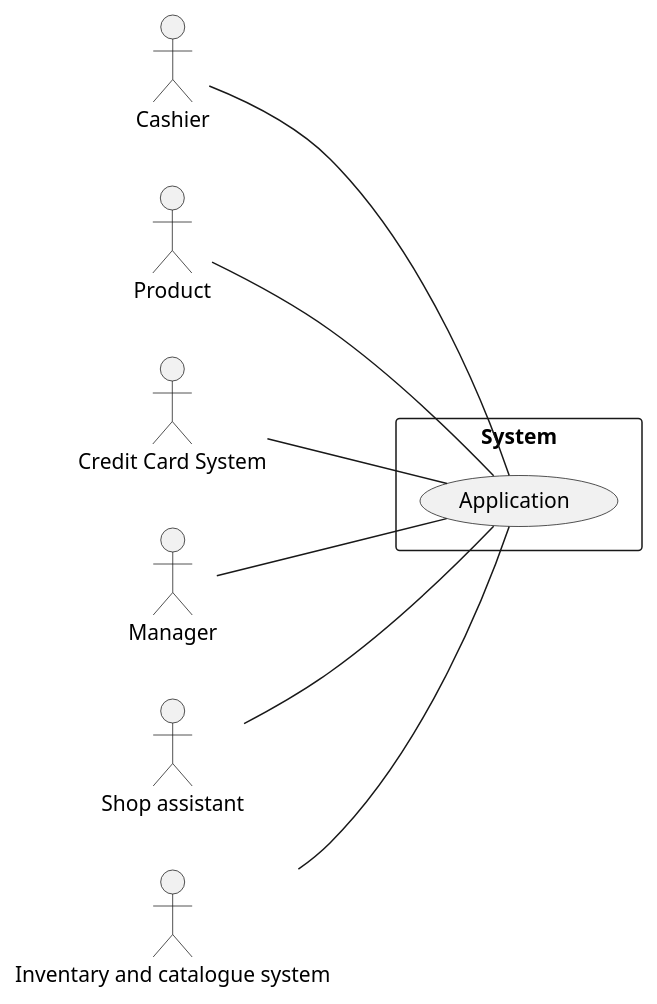
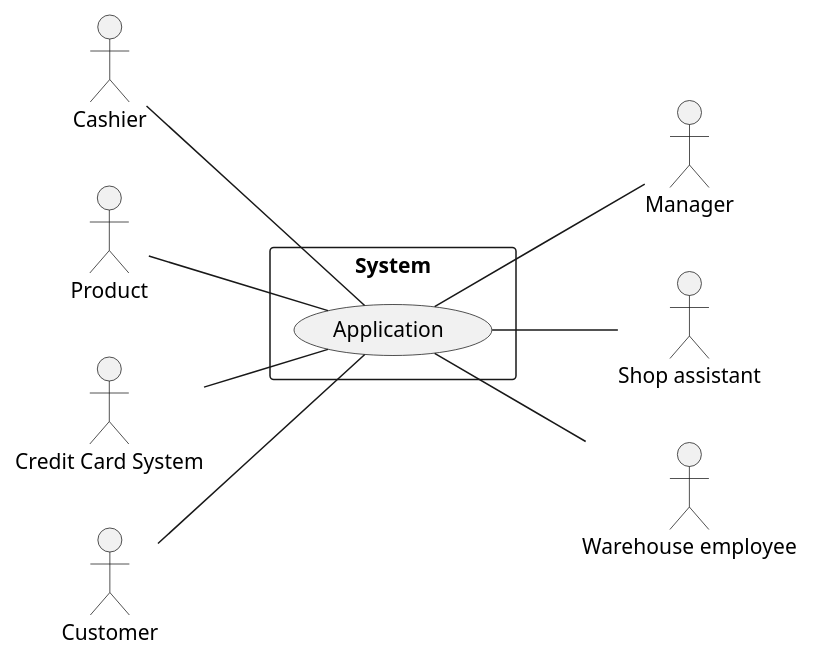
One commit to marco-ballario/EzShop changed the diagram in Deliverables/RequirementsDocument.md. Above: the diagram before and after it, drawn with PlantUML.

Commit message:
docs: change context diagram actors position

````diff
--- a/Deliverables/RequirementsDocument.md
+++ b/Deliverables/RequirementsDocument.md
@@ -61,18 +61,20 @@
 ```plantuml
 left to right direction
 actor "Cashier" as C
 actor "Product" as P
 actor "Credit Card System" as CCS
 actor "Manager" as M
 actor "Shop assistant" as SA
-actor "Inventary and catalogue system" as IACS
+actor "Warehouse employee" as WE
+actor "Customer" as CU
 rectangle System{
-  usecase "Application" as SW
+	(Application) as SW
+	C -- SW
+	P -- SW
+	CCS -- SW
+	CU -- SW
+	SW -- WE
+	SW -- M
+	SW -- SA
 }
-C -- SW
-P -- SW
-CCS -- SW
-IACS -- SW
-M -- SW
-SA -- SW
 ```
````
